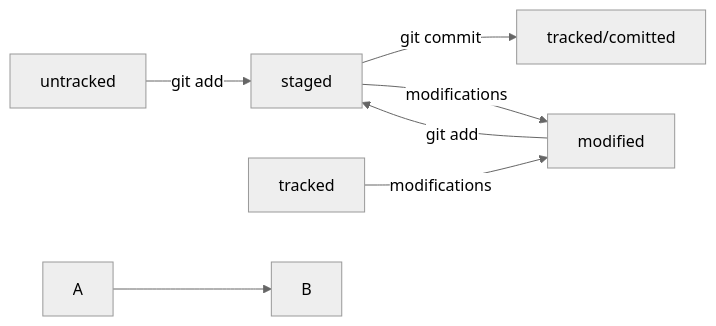
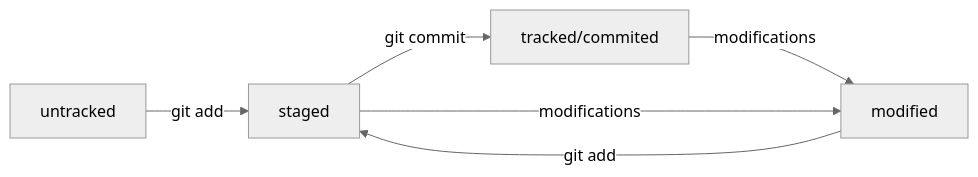
One commit to KotPilot911/git-manual changed the diagram in README.md. Above: the diagram before and after it, drawn with Mermaid (neutral theme).

Commit message:
Добавлена информация по ЖЦ файла и таблица в README.md 2

````diff
--- a/README.md
+++ b/README.md
@@ -230,11 +230,8 @@
 ```mermaid
 graph LR;
   untracked -- "git add" --> staged;
-  staged    -- "git commit" --> tracked/comitted;
-  tracked   -- "modifications" --> modified;
+  staged    -- "git commit" --> tracked/commited;
+  tracked/commited   -- "modifications" --> modified;
   modified  -- "git add" --> staged;
   staged    -- "modifications" --> modified;
-
-%% стрелка без текста для примера: 
-  A --> B;
 ``` 
````
